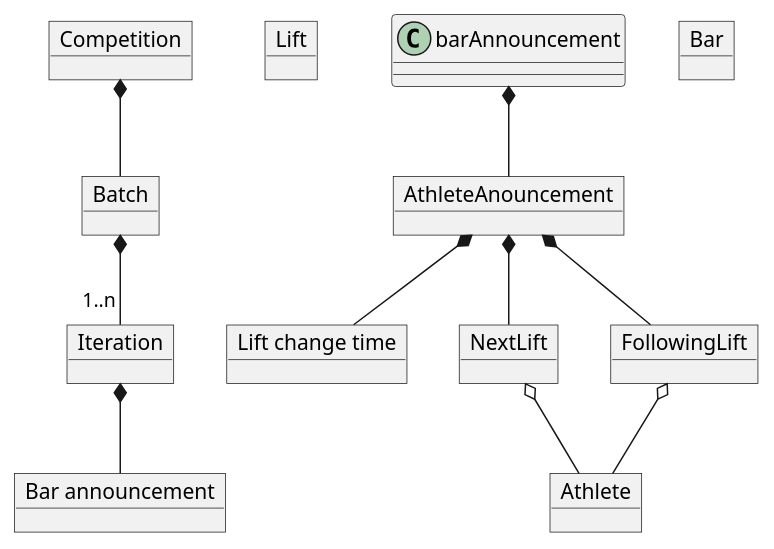
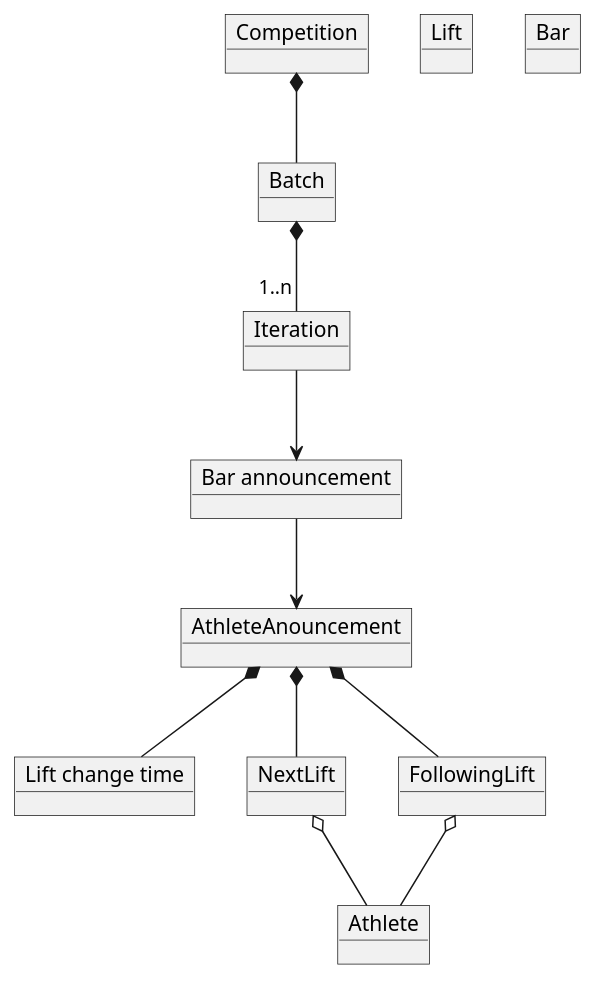
The diagram in modelDomain/competitionPlayDomainModel.puml (zuldare/mastercloud_pfm_halterocms), drawn with PlantUML before and after one commit. The commit also changed 1 other file, not shown here.

Commit message:
Added sequence model of play

```diff
--- a/modelDomain/competitionPlayDomainModel.puml
+++ b/modelDomain/competitionPlayDomainModel.puml
@@ -1,31 +1,30 @@
 @startuml
 'https://plantuml.com/object-diagram
 
 object Competition
 object Batch
 object Iteration
 object Lift
 object Athlete
 object Bar
 object "Bar announcement" as BarAnnouncement
 object "Lift change time" as LiftChangeTime
 
 object AthleteAnouncement
 object NextLift
 object FollowingLift
 
 AthleteAnouncement *-- NextLift
 AthleteAnouncement *-- FollowingLift
 NextLift o-- Athlete
 FollowingLift o-- Athlete
 
 
-
 Competition *-- Batch
 Batch *-- "1..n" Iteration
-Iteration *-- BarAnnouncement
-barAnnouncement *-- AthleteAnouncement
+Iteration --> BarAnnouncement
+BarAnnouncement --> AthleteAnouncement
 AthleteAnouncement *-- LiftChangeTime
 
 
 @enduml
```
